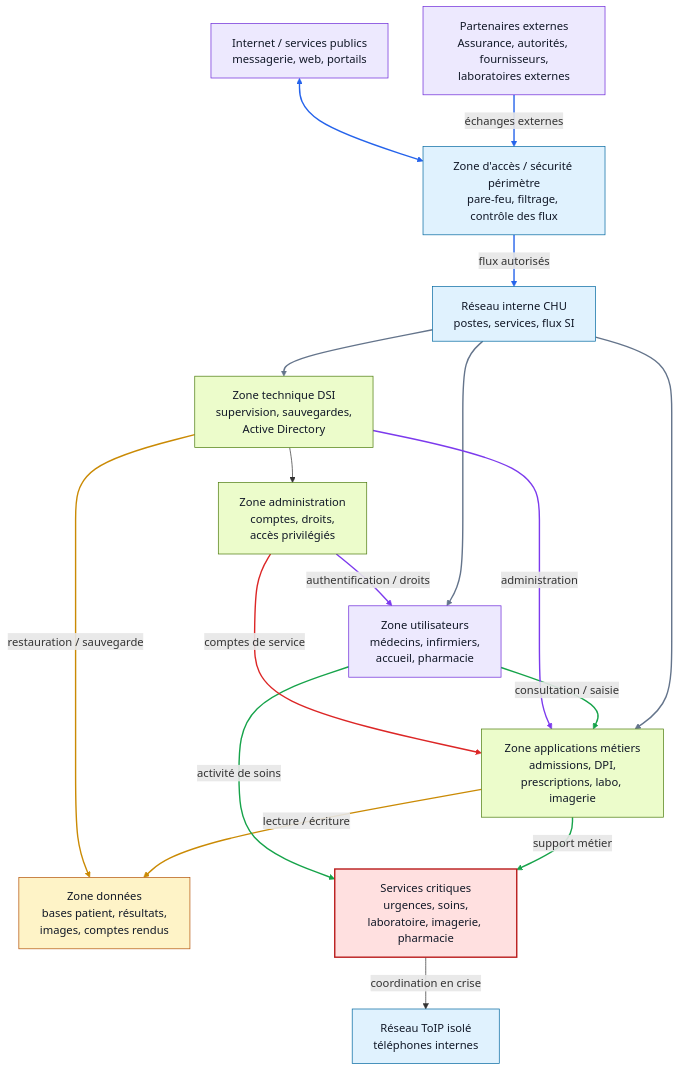
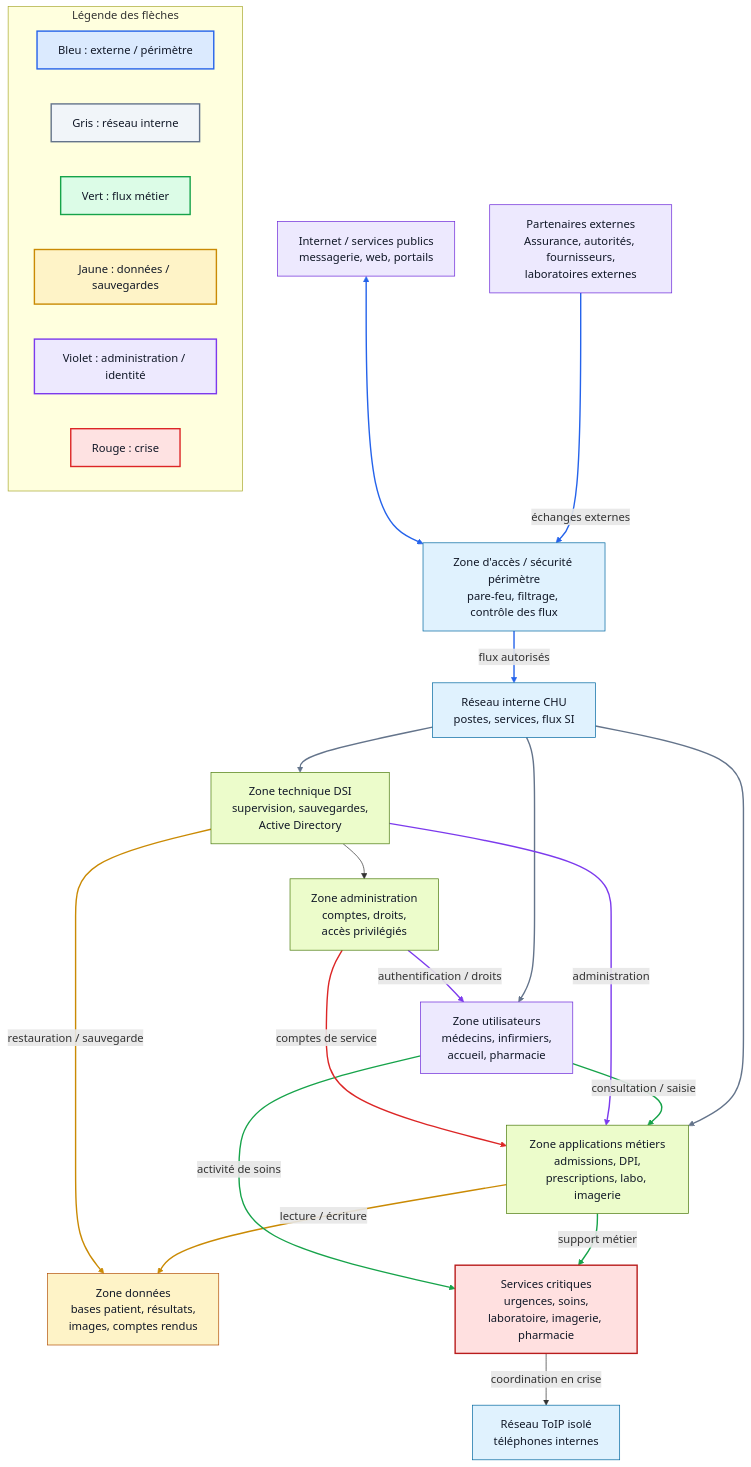
One commit to chabad26/memo-ais changed the diagram in docs/systeme-info-si/premiere-vue-globale-si.md. Above: the diagram before and after it, drawn with Mermaid. The commit also changed 2 other files, not shown here.

Commit message:
ajout légende

````diff
--- a/docs/systeme-info-si/premiere-vue-globale-si.md
+++ b/docs/systeme-info-si/premiere-vue-globale-si.md
@@ -24,55 +24,76 @@
 ```mermaid
 flowchart TD
     EXT["Partenaires externes<br/>Assurance, autorités, fournisseurs,<br/>laboratoires externes"]
     WEB["Internet / services publics<br/>messagerie, web, portails"]
     PERIM["Zone d'accès / sécurité périmètre<br/>pare-feu, filtrage, contrôle des flux"]
     INT["Réseau interne CHU<br/>postes, services, flux SI"]
 
     USERS["Zone utilisateurs<br/>médecins, infirmiers,<br/>accueil, pharmacie"]
     APPS["Zone applications métiers<br/>admissions, DPI,<br/>prescriptions, labo, imagerie"]
     DATA["Zone données<br/>bases patient, résultats,<br/>images, comptes rendus"]
     TECH["Zone technique DSI<br/>supervision, sauvegardes,<br/>Active Directory"]
     ADMIN["Zone administration<br/>comptes, droits,<br/>accès privilégiés"]
     CRIT["Services critiques<br/>urgences, soins,<br/>laboratoire, imagerie, pharmacie"]
     TOIP["Réseau ToIP isolé<br/>téléphones internes"]
+
+    subgraph LEG["Légende des flèches"]
+        LBLUE["Bleu : externe / périmètre"]
+        LGRAY["Gris : réseau interne"]
+        LGREEN["Vert : flux métier"]
+        LYELLOW["Jaune : données / sauvegardes"]
+        LPURPLE["Violet : administration / identité"]
+        LRED["Rouge : crise"]
+    end
 
     EXT -->|"échanges externes"| PERIM
     WEB <--> PERIM
     PERIM -->|"flux autorisés"| INT
 
     INT --> USERS
     INT --> APPS
     INT --> TECH
 
     USERS -->|"consultation / saisie"| APPS
     APPS -->|"lecture / écriture"| DATA
     APPS -->|"support métier"| CRIT
     USERS -->|"activité de soins"| CRIT
 
     TECH -->|"administration"| APPS
     TECH -->|"restauration / sauvegarde"| DATA
     ADMIN -->|"authentification / droits"| USERS
     ADMIN -->|"comptes de service"| APPS
     TECH --> ADMIN
 
     CRIT -->|"coordination en crise"| TOIP
 
     classDef critical fill:#ffe0e0,stroke:#b91c1c,stroke-width:2px,color:#111827;
     classDef network fill:#e0f2fe,stroke:#0369a1,stroke-width:1px,color:#111827;
     classDef app fill:#ecfccb,stroke:#4d7c0f,stroke-width:1px,color:#111827;
     classDef data fill:#fef3c7,stroke:#b45309,stroke-width:1px,color:#111827;
     classDef user fill:#ede9fe,stroke:#6d28d9,stroke-width:1px,color:#111827;
+    classDef legendBlue fill:#dbeafe,stroke:#2563eb,stroke-width:2px,color:#111827;
+    classDef legendGray fill:#f1f5f9,stroke:#64748b,stroke-width:2px,color:#111827;
+    classDef legendGreen fill:#dcfce7,stroke:#16a34a,stroke-width:2px,color:#111827;
+    classDef legendYellow fill:#fef3c7,stroke:#ca8a04,stroke-width:2px,color:#111827;
+    classDef legendPurple fill:#ede9fe,stroke:#7c3aed,stroke-width:2px,color:#111827;
+    classDef legendRed fill:#fee2e2,stroke:#dc2626,stroke-width:2px,color:#111827;
 
     class CRIT critical;
     class PERIM,INT,TOIP network;
     class APPS,TECH,ADMIN app;
     class DATA data;
     class USERS,EXT,WEB user;
+    class LBLUE legendBlue;
+    class LGRAY legendGray;
+    class LGREEN legendGreen;
+    class LYELLOW legendYellow;
+    class LPURPLE legendPurple;
+    class LRED legendRed;
 
     linkStyle 0,1,2 stroke:#2563eb,stroke-width:2px;
     linkStyle 3,4,5 stroke:#64748b,stroke-width:2px;
     linkStyle 6,8,9 stroke:#16a34a,stroke-width:2px;
     linkStyle 7,11 stroke:#ca8a04,stroke-width:2px;
     linkStyle 10,12 stroke:#7c3aed,stroke-width:2px;
     linkStyle 13 stroke:#dc2626,stroke-width:2px;
 ```
````
